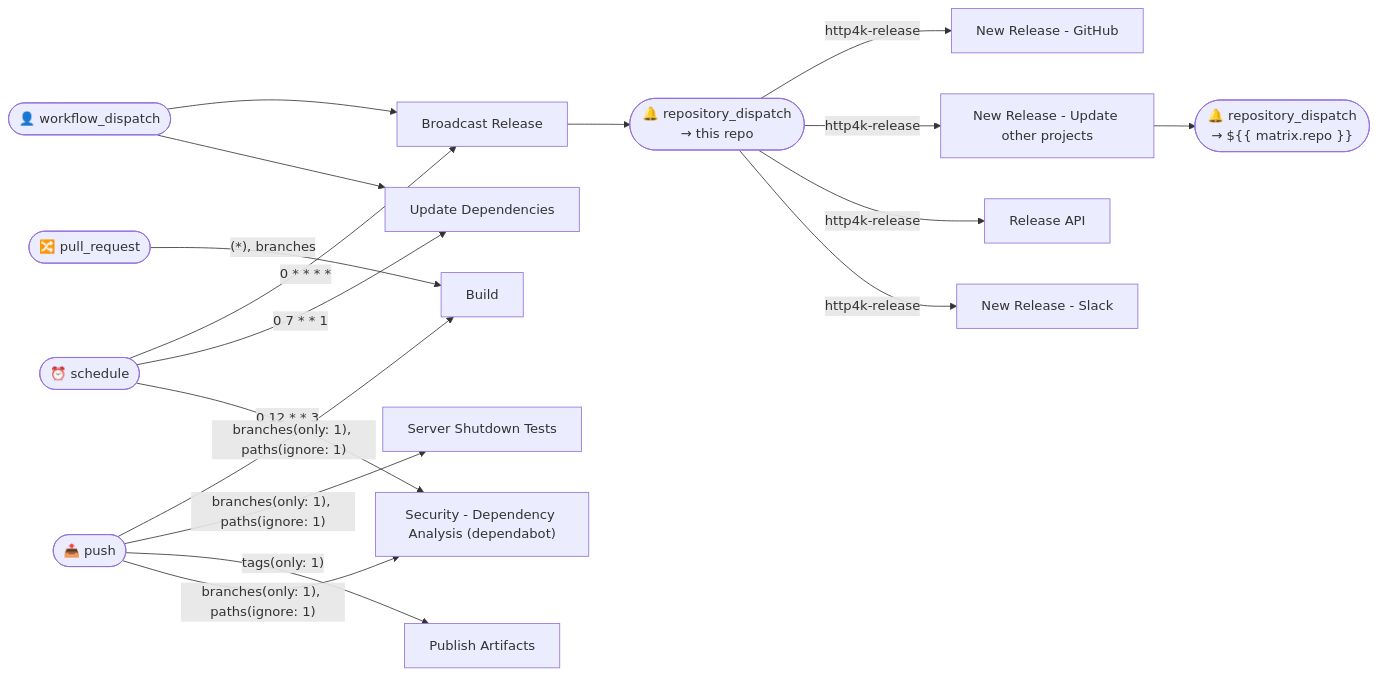
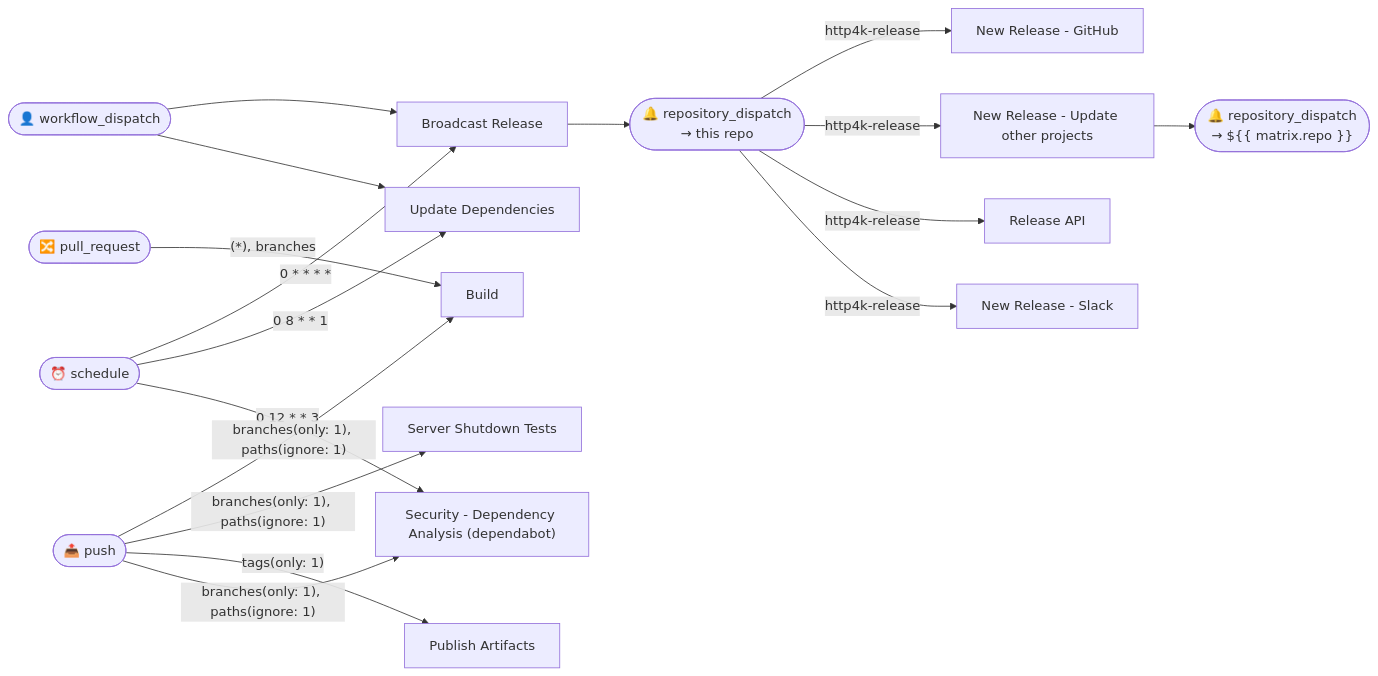
One commit to http4k/http4k changed the diagram in .github/typeflows/README.md. Above: the diagram before and after it, drawn with Mermaid. The commit also changed other lines of this file and 17 other files, not shown here.

````diff
--- a/.github/typeflows/README.md
+++ b/.github/typeflows/README.md
@@ -3,35 +3,35 @@
 ```mermaid
 flowchart LR
     schedule(["⏰ schedule"])
     workflowdispatch(["👤 workflow_dispatch"])
     push(["📤 push"])
     pullrequest(["🔀 pull_request"])
     repositorydispatchgithubrepository(["🔔 repository_dispatch<br/>→ this repo"])
     repositorydispatchmatrixrepo(["🔔 repository_dispatch<br/>→ ${{ matrix.repo }}"])
     broadcastreleaseyml["Broadcast Release"]
     buildyml["Build"]
     newreleasegithubyml["New Release - GitHub"]
     newreleaseupgradebranchesyml["New Release - Update other projects"]
-    refreshversionsyml["Update Dependencies"]
+    updatedependenciesyml["Update Dependencies"]
     releaseapiyml["Release API"]
     newreleaseslackyml["New Release - Slack"]
     shutdowntestsyml["Server Shutdown Tests"]
     publishartifactsyml["Publish Artifacts"]
     securitydependabotyml["Security - Dependency Analysis (dependabot)"]
     schedule -->|"0 * * * *"|broadcastreleaseyml
-    schedule -->|"0 7 * * 1"|refreshversionsyml
+    schedule -->|"0 8 * * 1"|updatedependenciesyml
     schedule -->|"0 12 * * 3"|securitydependabotyml
     workflowdispatch --> broadcastreleaseyml
-    workflowdispatch --> refreshversionsyml
+    workflowdispatch --> updatedependenciesyml
     push -->|"branches(only: 1), paths(ignore: 1)"|buildyml
     push -->|"branches(only: 1), paths(ignore: 1)"|shutdowntestsyml
     push -->|"tags(only: 1)"|publishartifactsyml
     push -->|"branches(only: 1), paths(ignore: 1)"|securitydependabotyml
     pullrequest -->|"(*), branches"|buildyml
     broadcastreleaseyml --> repositorydispatchgithubrepository
     repositorydispatchgithubrepository -->|"http4k-release"|newreleasegithubyml
     repositorydispatchgithubrepository -->|"http4k-release"|newreleaseupgradebranchesyml
     repositorydispatchgithubrepository -->|"http4k-release"|releaseapiyml
     repositorydispatchgithubrepository -->|"http4k-release"|newreleaseslackyml
     newreleaseupgradebranchesyml --> repositorydispatchmatrixrepo
 ```
````
